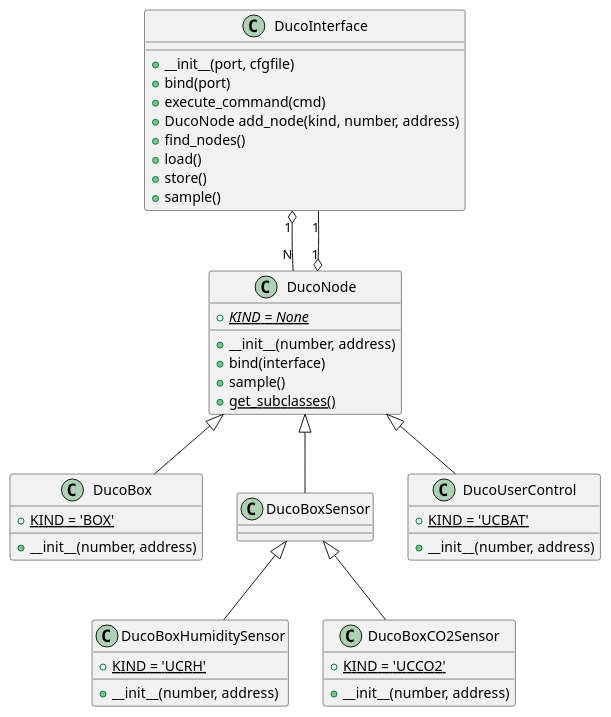
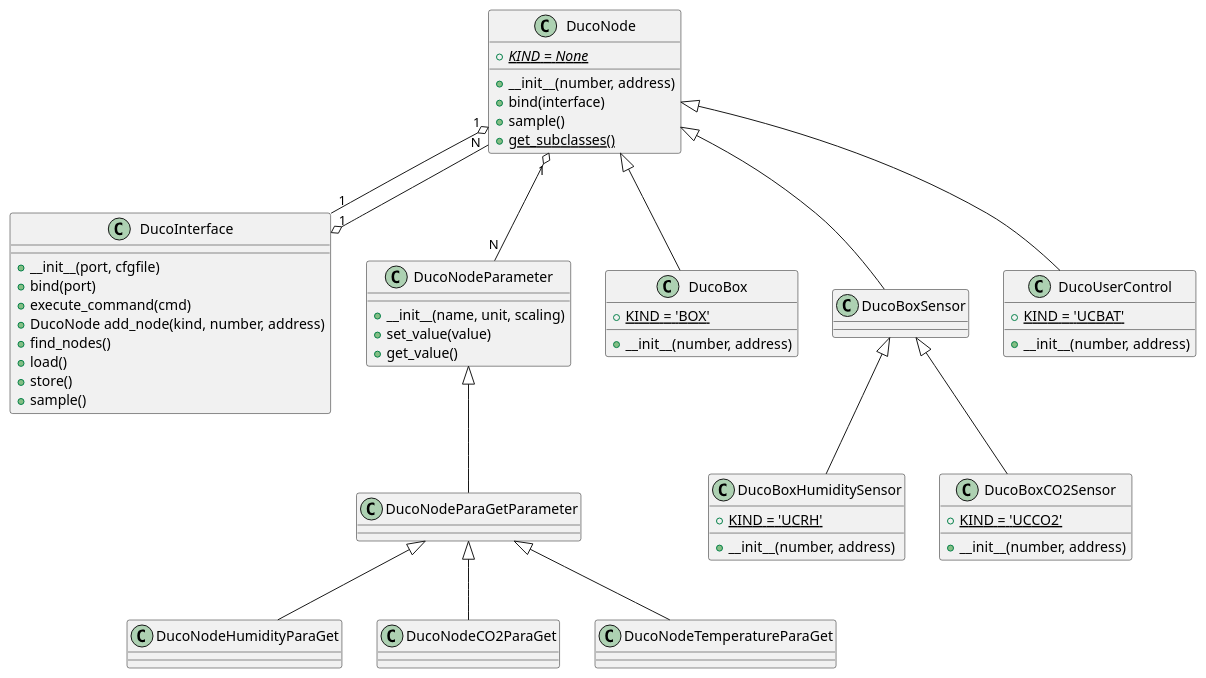
The diagram in docs/design.rst (SteinHeselmans/DucoBox), drawn with PlantUML before and after one commit. The commit also changed 6 other files, not shown here.

```diff
--- a/docs/design.rst
+++ b/docs/design.rst
@@ -13,55 +13,66 @@
 .. uml::
 
     @startuml
 
+    DucoNodeParameter <|-- DucoNodeParaGetParameter
+    DucoNodeParaGetParameter <|-- DucoNodeHumidityParaGet
+    DucoNodeParaGetParameter <|-- DucoNodeCO2ParaGet
+    DucoNodeParaGetParameter <|-- DucoNodeTemperatureParaGet
     DucoInterface "1" o-- "N" DucoNode
+    DucoNode "1" o-- "N" DucoNodeParameter
     DucoNode "1" o-- "1" DucoInterface
     DucoNode <|-- DucoBox
     DucoNode <|-- DucoBoxSensor
     DucoBoxSensor <|-- DucoBoxHumiditySensor
     DucoBoxSensor <|-- DucoBoxCO2Sensor
     DucoNode <|-- DucoUserControl
+
+    class DucoNodeParameter {
+        +__init__(name, unit, scaling)
+        +set_value(value)
+        +get_value()
+    }
 
     class DucoInterface {
         +__init__(port, cfgfile)
         +bind(port)
         +execute_command(cmd)
         +DucoNode add_node(kind, number, address)
         +find_nodes()
         +load()
         +store()
         +sample()
     }
 
     class DucoNode {
         +{abstract}{static} KIND = None
         +__init__(number, address)
         +bind(interface)
         +sample()
         +{static}get_subclasses()
     }
 
     class DucoBox {
         +{static} KIND = 'BOX'
         +__init__(number, address)
     }
 
     class DucoBoxSensor {
     }
 
     class DucoBoxHumiditySensor {
         +{static} KIND = 'UCRH'
         +__init__(number, address)
     }
 
     class DucoBoxCO2Sensor {
         +{static} KIND = 'UCCO2'
         +__init__(number, address)
     }
 
     class DucoUserControl {
         +{static} KIND = 'UCBAT'
         +__init__(number, address)
     }
 
     @enduml
```
